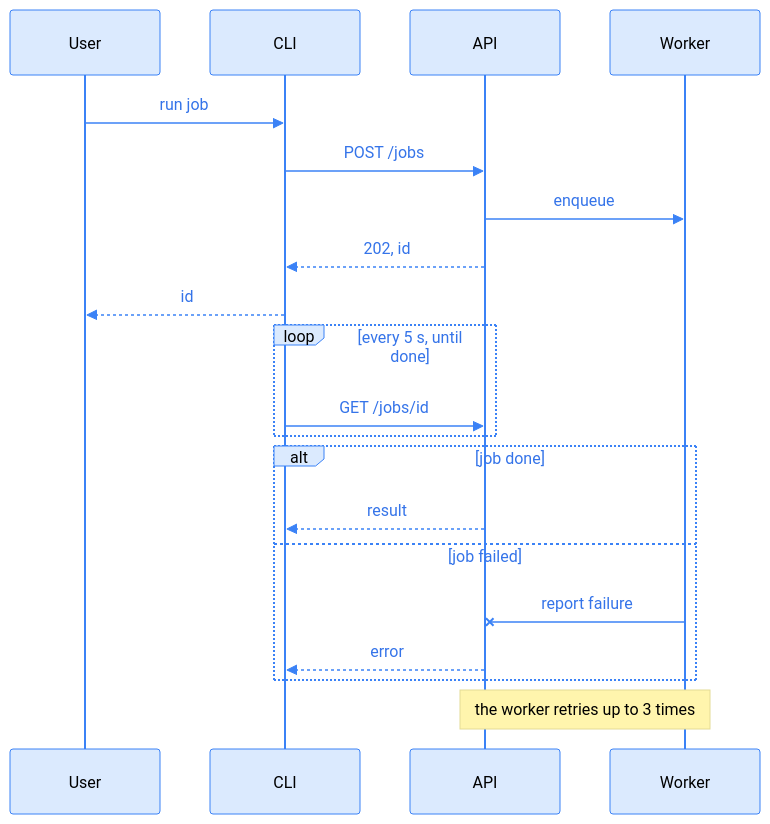
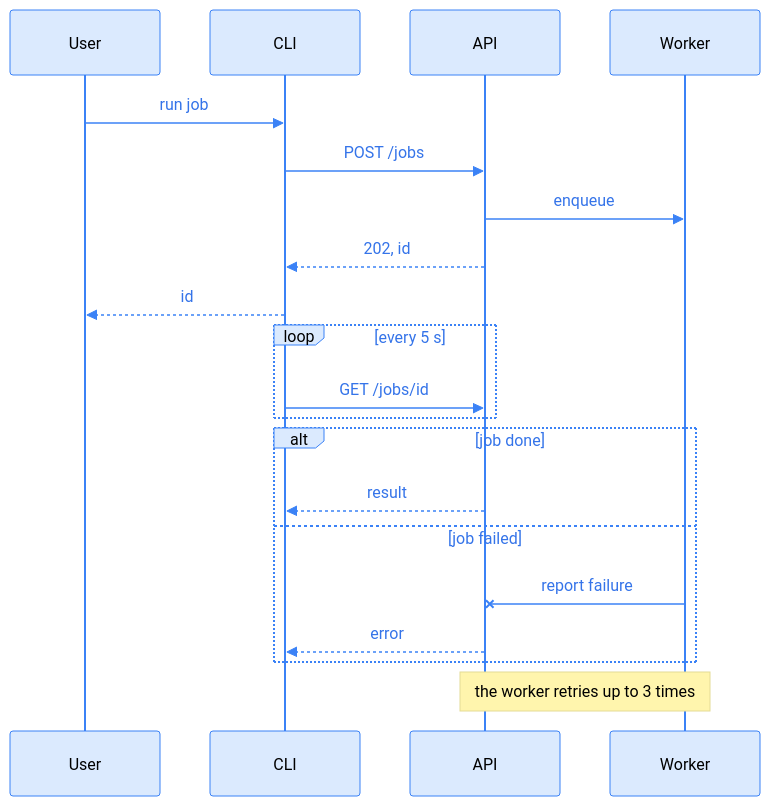
The second of 5 diagrams in docs/diagramize/preview.md (karczews/skills), drawn with Mermaid before and after one commit. The commit also changed 8 other files, not shown here.

````diff
--- a/docs/diagramize/preview.md
+++ b/docs/diagramize/preview.md
@@ -41,41 +41,41 @@
 ```mermaid
 ---
 config:
   theme: "base"
   look: "classic"
   themeVariables:
     darkMode: false
     primaryColor: "#dbeafe"
     primaryBorderColor: "#3b82f6"
     primaryTextColor: "#000000"
     textColor: "#000000"
     lineColor: "#3b82f6"
     edgeLabelBackground: "#dbeafe"
     actorTextColor: "#000000"
     noteTextColor: "#000000"
     signalColor: "#3b82f6"
     signalTextColor: "#3574e9"
     loopTextColor: "#3574e9"
   themeCSS: ".labelBkg { background-color: #dbeafe; }"
 ---
 sequenceDiagram
     participant U as User
     participant C as CLI
     participant A as API
     participant W as Worker
     U->>C: run job
     C->>A: POST /jobs
     A->>W: enqueue
     A-->>C: 202, id
     C-->>U: id
-    loop every 5 s, until done
+    loop every 5 s
         C->>A: GET /jobs/id
     end
     alt job done
         A-->>C: result
     else job failed
         W-xA: report failure
         A-->>C: error
     end
     Note over A,W: the worker retries up to 3 times
 ```
````
